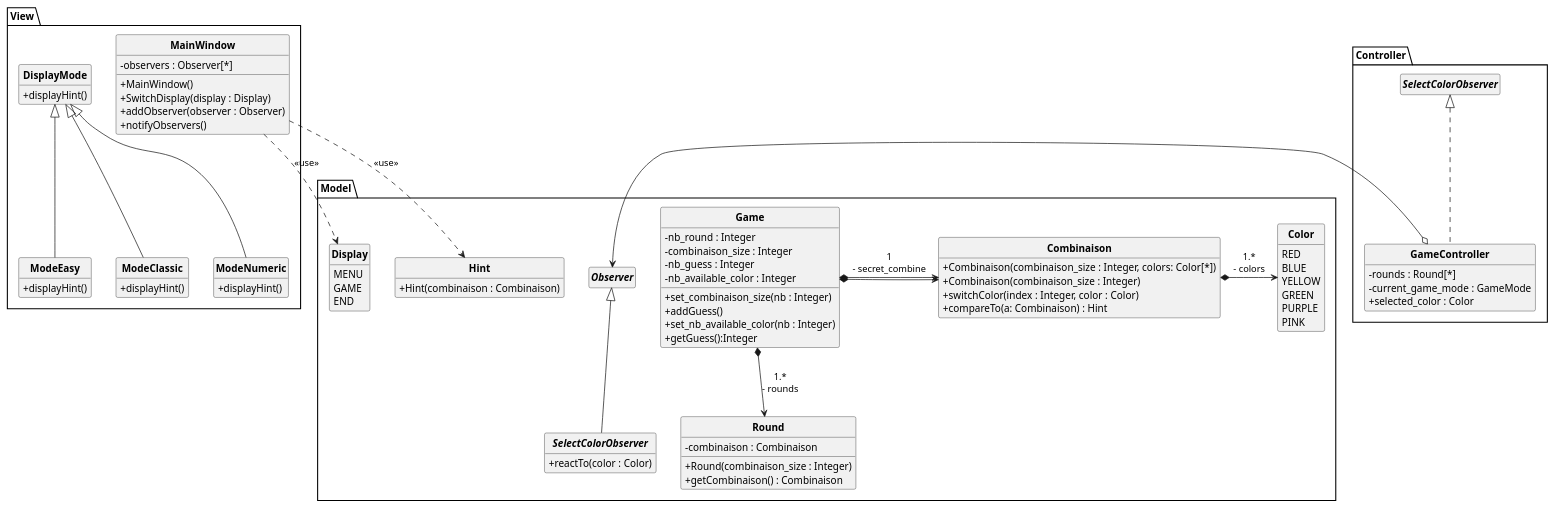
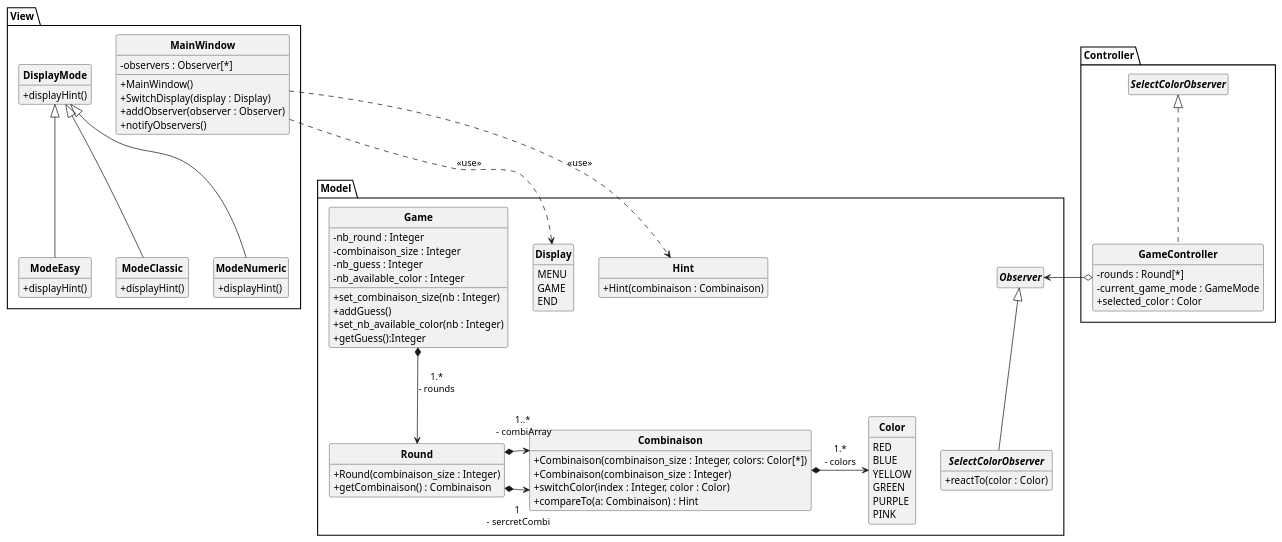
The diagram in V1/PUML/DCC.puml (xeragon/Mastermind), drawn with PlantUML before and after one commit.

Commit message:
:memo: uml rework

```diff
--- a/V1/PUML/DCC.puml
+++ b/V1/PUML/DCC.puml
@@ -1,99 +1,100 @@
 @startuml
 'https://plantuml.com/sequence-diagram
 skinparam classAttributeIconSize 0
 skinparam classFontStyle Bold
 skinparam style strictuml
 hide empty members
 
 package Model{
     interface Observer{}
     interface SelectColorObserver implements Observer{
         + reactTo(color : Color)
     }
 
     class Combinaison {
         + Combinaison(combinaison_size : Integer, colors: Color[*])
         + Combinaison(combinaison_size : Integer)
         + switchColor(index : Integer, color : Color)
         + compareTo(a: Combinaison) : Hint
     }
 
     enum Display{
         MENU
         GAME
         END
     }
 
     enum Color {
         RED
         BLUE
         YELLOW
         GREEN
         PURPLE
         PINK
     }
 
     class Hint {
         + Hint(combinaison : Combinaison)
     }
 
     class Game {
         - nb_round : Integer
         - combinaison_size : Integer
         - nb_guess : Integer
         - nb_available_color : Integer
         + set_combinaison_size(nb : Integer)
         + addGuess()
         + set_nb_available_color(nb : Integer)
         + getGuess():Integer
     }
 
     class Round {
-        - combinaison : Combinaison
         + Round(combinaison_size : Integer)
         + getCombinaison() : Combinaison
     }
     Game *--> Round : "1.*\n- rounds"
-    Game *-> Combinaison : "1\n- secret_combine"
-    Game *-> Combinaison
+    ' Game *-> Combinaison : "1\n- secret_combine"
+    ' Game *-> Combinaison
     Combinaison *-> Color : "1.*\n- colors"
 }
 
 package View {
     class MainWindow {
         - observers : Observer[*]
         + MainWindow()
         + SwitchDisplay(display : Display)
         + addObserver(observer : Observer)
         + notifyObservers()
     }
 
     class DisplayMode {
         + displayHint()
     }
 
     class ModeEasy extends DisplayMode {
       + displayHint()
     }
     class ModeClassic extends DisplayMode {
       + displayHint()
     }
     class ModeNumeric extends DisplayMode {
       + displayHint()
     }
 }
 
 
 package Controller{
     class GameController implements SelectColorObserver {
         - rounds : Round[*]
         - current_game_mode : GameMode
         + selected_color : Color
     }
 }
 GameController o-> Observer
+Round *-> " 1 \n - sercretCombi" Combinaison
+Round *-> " 1..* \n - combiArray" Combinaison
 
 MainWindow ..> Hint: <<use>>
 MainWindow ..> Display: <<use>>
 
 @enduml
```
